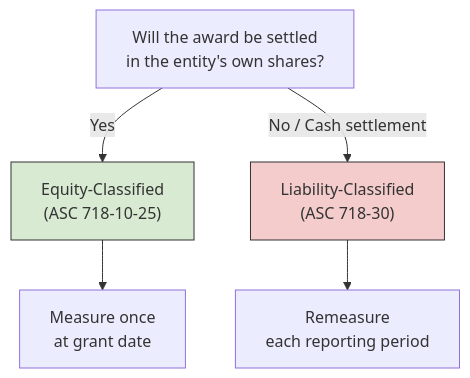
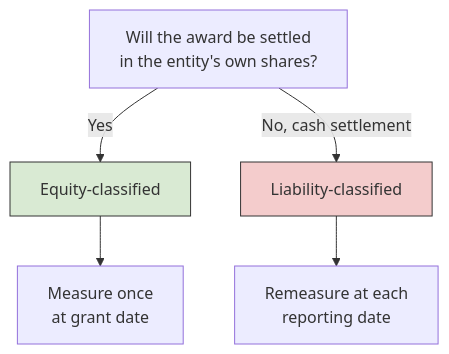
The second of 2 diagrams in docs/bar/technical-accounting-assets-and-revenue/stock-compensation.md (subwaymatch/cpabear-book), drawn with Mermaid before and after one commit. The commit also changed other lines of this file and 204 other files, not shown here.

First line of the commit message:
Update the book for the 2027 CPA Exam Blueprints, fix dark-mode diagrams, add diagram zoom (#49)

````diff
--- a/docs/bar/technical-accounting-assets-and-revenue/stock-compensation.md
+++ b/docs/bar/technical-accounting-assets-and-revenue/stock-compensation.md
@@ -186,9 +122,9 @@
 ```mermaid
 graph TD
-    A["Will the award be settled<br/>in the entity's own shares?"] -->|Yes| E["Equity-Classified<br/>(ASC 718-10-25)"]
-    A -->|No / Cash settlement| L["Liability-Classified<br/>(ASC 718-30)"]
+    A["Will the award be settled<br/>in the entity's own shares?"] -->|Yes| E["Equity-classified"]
+    A -->|"No, cash settlement"| L["Liability-classified"]
     E --> E1["Measure once<br/>at grant date"]
-    L --> L1["Remeasure<br/>each reporting period"]
+    L --> L1["Remeasure at each<br/>reporting date"]
     style E fill:#d9ead3,stroke:#333
     style L fill:#f4cccc,stroke:#333
 ```
````
